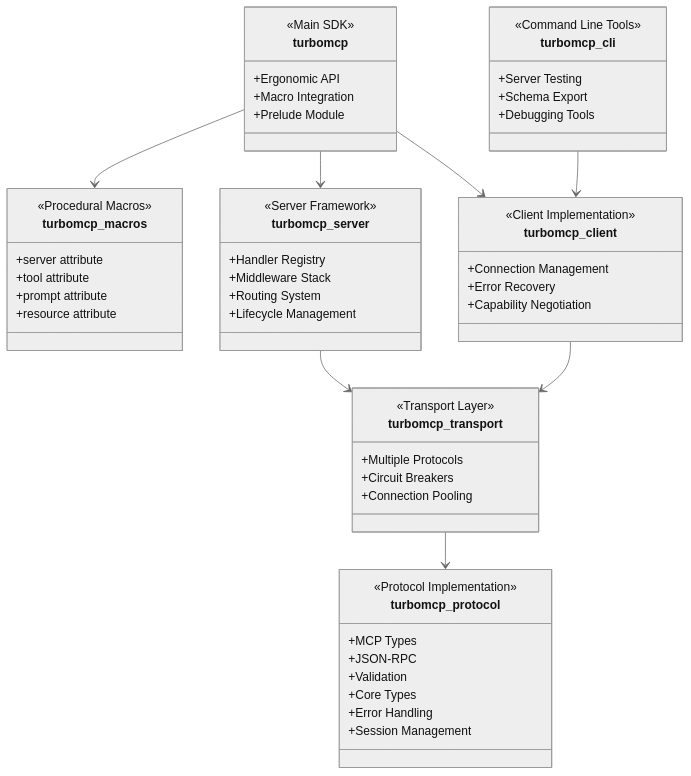
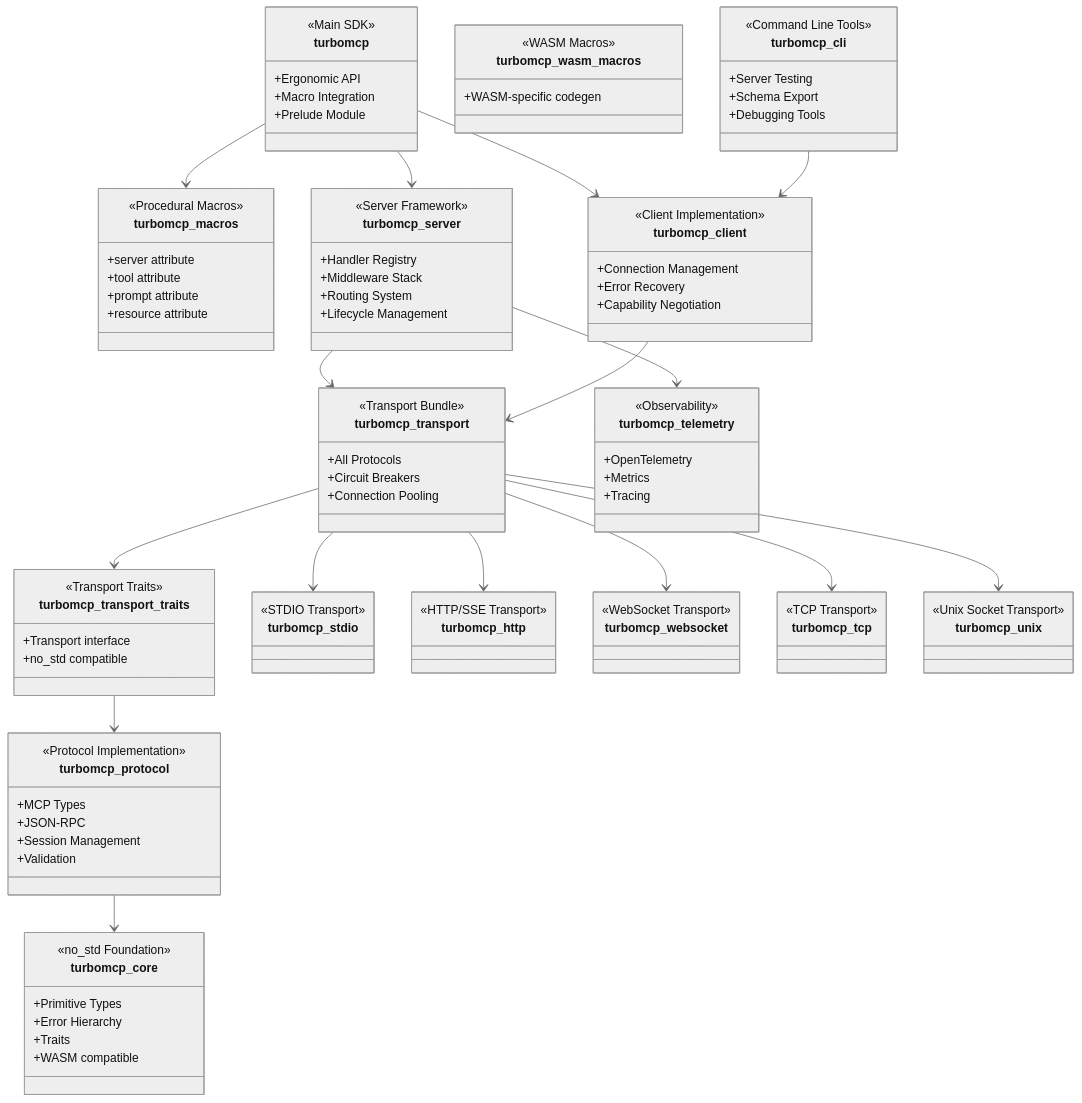
One commit to Epistates/turbomcp changed the diagram in crates/README.md. Above: the diagram before and after it, drawn with Mermaid (neutral theme). The commit also changed other lines of this file and 4 other files, not shown here.

````diff
--- a/crates/README.md
+++ b/crates/README.md
@@ -38,7 +46,7 @@
         +Macro Integration
         +Prelude Module
     }
-    
+
     class turbomcp_macros {
         <<Procedural Macros>>
         +server attribute
@@ -46,7 +54,12 @@
         +prompt attribute
         +resource attribute
     }
-    
+
+    class turbomcp_wasm_macros {
+        <<WASM Macros>>
+        +WASM-specific codegen
+    }
+
     class turbomcp_server {
         <<Server Framework>>
         +Handler Registry
@@ -54,29 +67,61 @@
         +Routing System
         +Lifecycle Management
     }
-    
+
     class turbomcp_client {
         <<Client Implementation>>
         +Connection Management
         +Error Recovery
         +Capability Negotiation
     }
-    
+
     class turbomcp_transport {
-        <<Transport Layer>>
-        +Multiple Protocols
+        <<Transport Bundle>>
+        +All Protocols
         +Circuit Breakers
         +Connection Pooling
     }
-    
+
+    class turbomcp_transport_traits {
+        <<Transport Traits>>
+        +Transport interface
+        +no_std compatible
+    }
+
+    class turbomcp_stdio {
+        <<STDIO Transport>>
+    }
+
+    class turbomcp_http {
+        <<HTTP/SSE Transport>>
+    }
+
+    class turbomcp_websocket {
+        <<WebSocket Transport>>
+    }
+
+    class turbomcp_tcp {
+        <<TCP Transport>>
+    }
+
+    class turbomcp_unix {
+        <<Unix Socket Transport>>
+    }
+
     class turbomcp_protocol {
         <<Protocol Implementation>>
         +MCP Types
         +JSON-RPC
+        +Session Management
         +Validation
-        +Core Types
-        +Error Handling
-        +Session Management
+    }
+
+    class turbomcp_core {
+        <<no_std Foundation>>
+        +Primitive Types
+        +Error Hierarchy
+        +Traits
+        +WASM compatible
     }
 
     class turbomcp_cli {
@@ -86,11 +131,26 @@
         +Debugging Tools
     }
 
+    class turbomcp_telemetry {
+        <<Observability>>
+        +OpenTelemetry
+        +Metrics
+        +Tracing
+    }
+
     turbomcp --> turbomcp_macros
     turbomcp --> turbomcp_server
     turbomcp --> turbomcp_client
     turbomcp_server --> turbomcp_transport
     turbomcp_client --> turbomcp_transport
-    turbomcp_transport --> turbomcp_protocol
+    turbomcp_transport --> turbomcp_transport_traits
+    turbomcp_transport --> turbomcp_stdio
+    turbomcp_transport --> turbomcp_http
+    turbomcp_transport --> turbomcp_websocket
+    turbomcp_transport --> turbomcp_tcp
+    turbomcp_transport --> turbomcp_unix
+    turbomcp_transport_traits --> turbomcp_protocol
+    turbomcp_protocol --> turbomcp_core
     turbomcp_cli --> turbomcp_client
+    turbomcp_server --> turbomcp_telemetry
 ```
````
